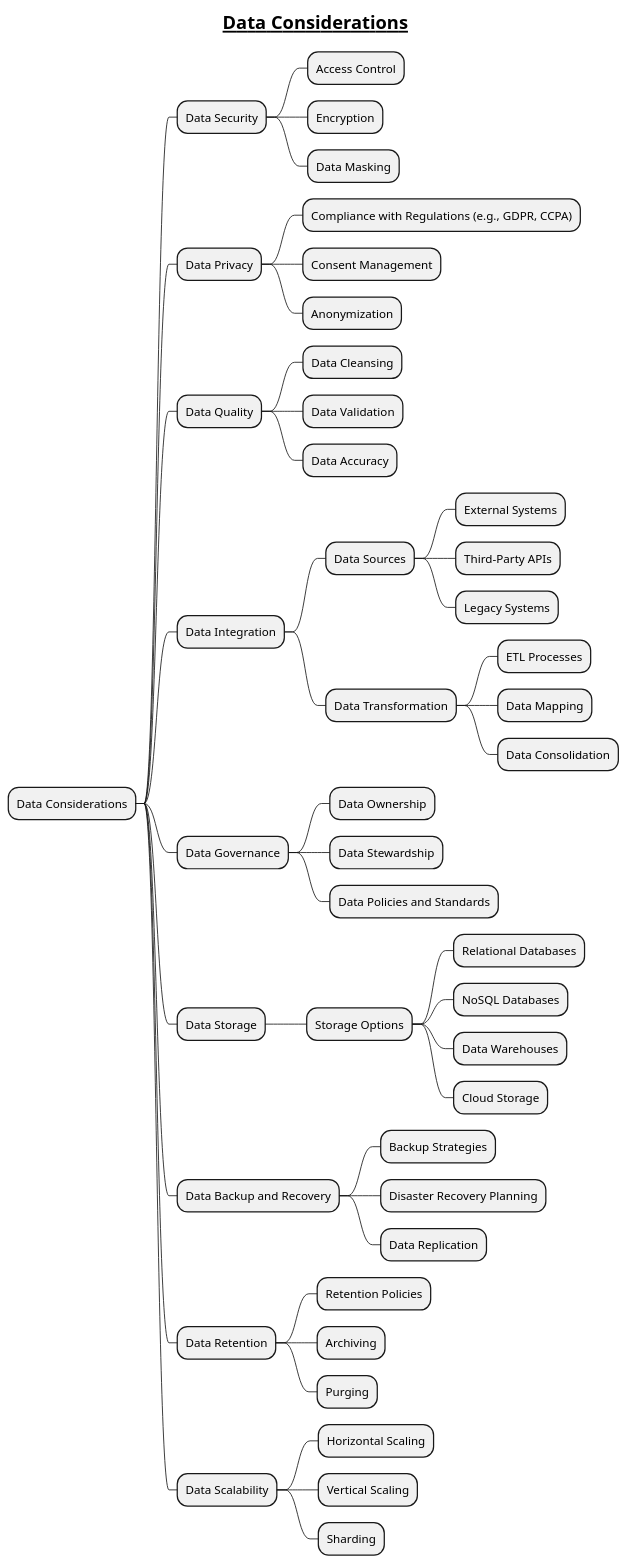
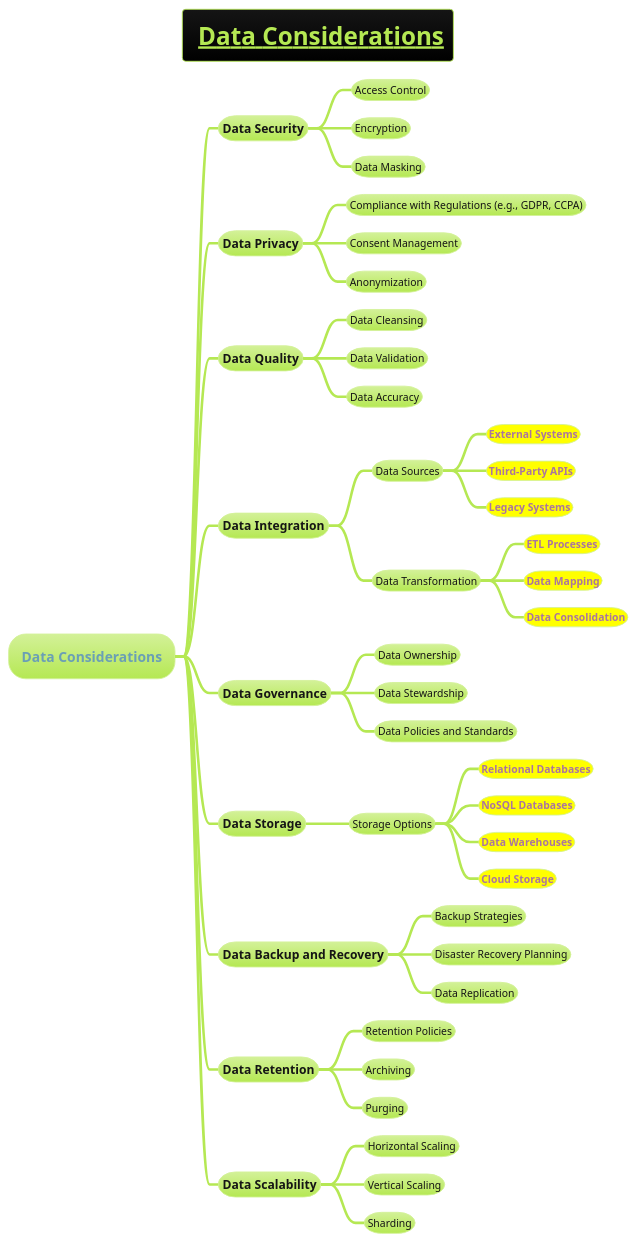
Before and after one commit to MehmoodHashmi/Documentation-as-Code-DaC: the diagram in docs/AI-ML- DL-Data-Science-and-BigData/data-science/Data-Considerations.puml, drawn with PlantUML. The commit also changed 10 other files, not shown here.

```diff
--- a/docs/AI-ML- DL-Data-Science-and-BigData/data-science/Data-Considerations.puml
+++ b/docs/AI-ML- DL-Data-Science-and-BigData/data-science/Data-Considerations.puml
@@ -1,57 +1,58 @@
 @startmindmap
 title =__ Data Considerations__
+!theme hacker
 
 * Data Considerations
 ** Data Security
 *** Access Control
 *** Encryption
 *** Data Masking
 
 ** Data Privacy
 *** Compliance with Regulations (e.g., GDPR, CCPA)
 *** Consent Management
 *** Anonymization
 
 ** Data Quality
 *** Data Cleansing
 *** Data Validation
 *** Data Accuracy
 
 ** Data Integration
 *** Data Sources
-**** External Systems
-**** Third-Party APIs
-**** Legacy Systems
+****[#yellow] ===External Systems
+****[#yellow] ===Third-Party APIs
+****[#yellow] ===Legacy Systems
 *** Data Transformation
-**** ETL Processes
-**** Data Mapping
-**** Data Consolidation
+****[#yellow] ===ETL Processes
+****[#yellow] ===Data Mapping
+****[#yellow] ===Data Consolidation
 
 ** Data Governance
 *** Data Ownership
 *** Data Stewardship
 *** Data Policies and Standards
 
 ** Data Storage
 *** Storage Options
-**** Relational Databases
-**** NoSQL Databases
-**** Data Warehouses
-**** Cloud Storage
+****[#yellow] ===Relational Databases
+****[#yellow] ===NoSQL Databases
+****[#yellow] ===Data Warehouses
+****[#yellow] ===Cloud Storage
 
 ** Data Backup and Recovery
 *** Backup Strategies
 *** Disaster Recovery Planning
 *** Data Replication
 
 ** Data Retention
 *** Retention Policies
 *** Archiving
 *** Purging
 
 ** Data Scalability
 *** Horizontal Scaling
 *** Vertical Scaling
 *** Sharding
 
 @endmindmap
```
